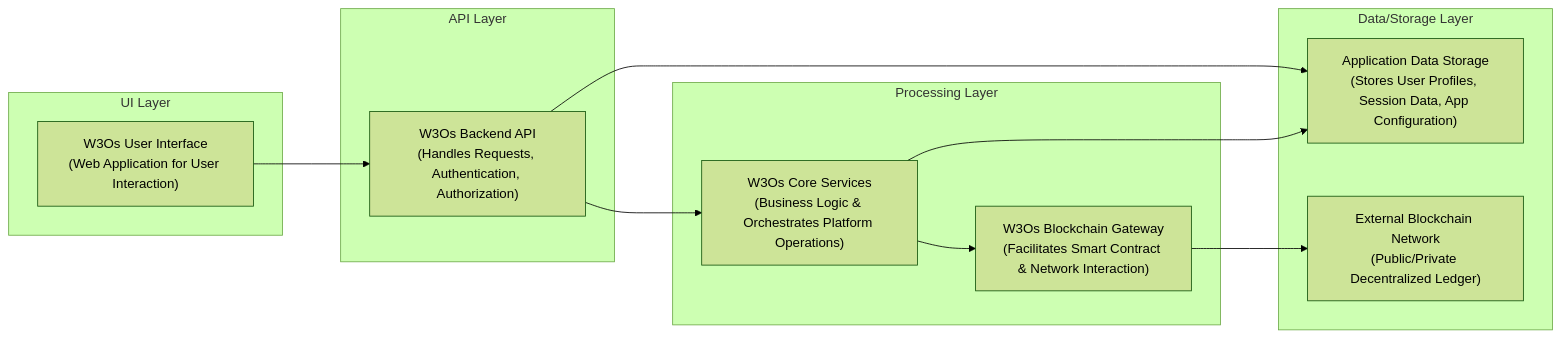
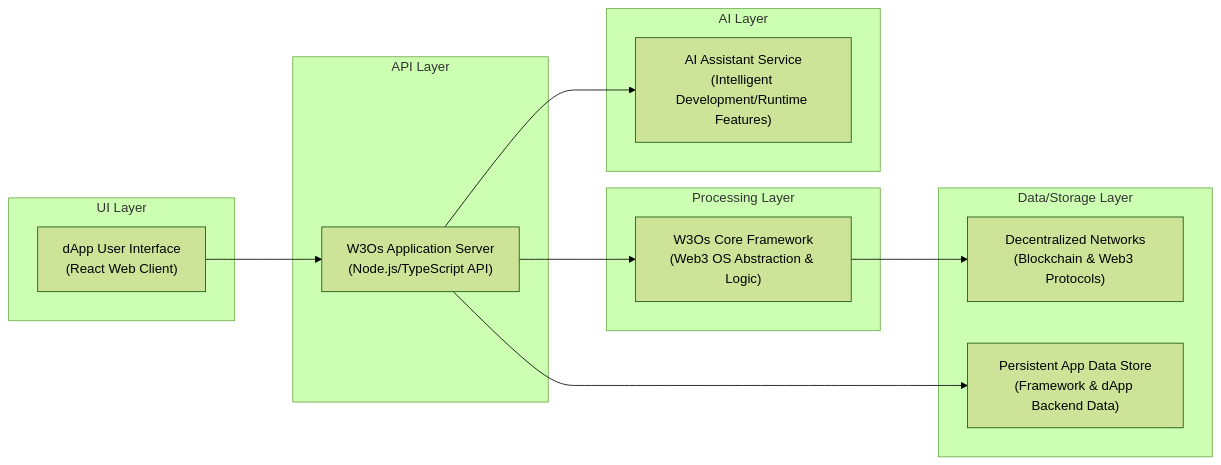
One commit to ramamurthy-540835/w3os changed the diagram in README.md. Above: the diagram before and after it, drawn with Mermaid (forest theme). The commit also changed other lines of this file, not shown here.

````diff
--- a/README.md
+++ b/README.md
@@ -77,30 +77,31 @@
 ```mermaid
 %%{init: {'flowchart': {'nodeSpacing': 50, 'rankSpacing': 70}}}%%
 flowchart LR
   subgraph UI_Layer ["UI Layer"]
-    A["W3Os User Interface
-(Web Application for User Interaction)"]
+    A["dApp User Interface
+(React Web Client)"]
   end
   subgraph API_Layer ["API Layer"]
-    B["W3Os Backend API
-(Handles Requests, Authentication, Authorization)"]
+    B["W3Os Application Server
+(Node.js/TypeScript API)"]
   end
   subgraph Processing_Layer ["Processing Layer"]
-    C["W3Os Core Services
-(Business Logic & Orchestrates Platform Operations)"]
-    D["W3Os Blockchain Gateway
-(Facilitates Smart Contract & Network Interaction)"]
+    C["W3Os Core Framework
+(Web3 OS Abstraction & Logic)"]
+  end
+  subgraph AI_Layer ["AI Layer"]
+    F["AI Assistant Service
+(Intelligent Development/Runtime Features)"]
   end
   subgraph Data_Storage_Layer ["Data/Storage Layer"]
-    E["Application Data Storage
-(Stores User Profiles, Session Data, App Configuration)"]
-    F["External Blockchain Network
-(Public/Private Decentralized Ledger)"]
+    D["Decentralized Networks
+(Blockchain & Web3 Protocols)"]
+    E["Persistent App Data Store
+(Framework & dApp Backend Data)"]
   end
   A --> B
   B --> C
+  C --> D
   B --> E
-  C --> D
-  C --> E
-  D --> F
+  B --> F
 ```
````
